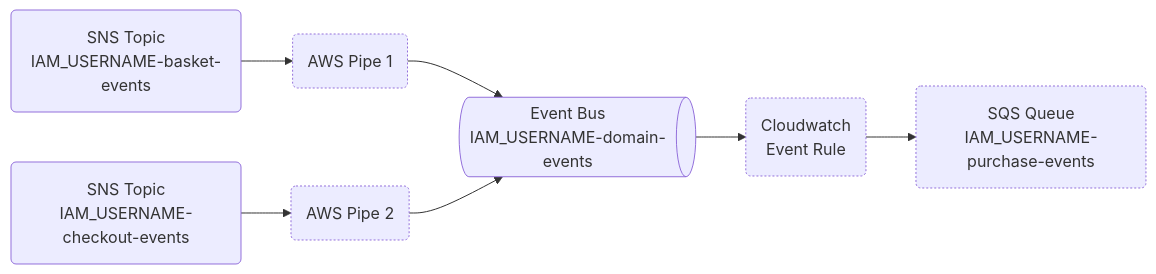
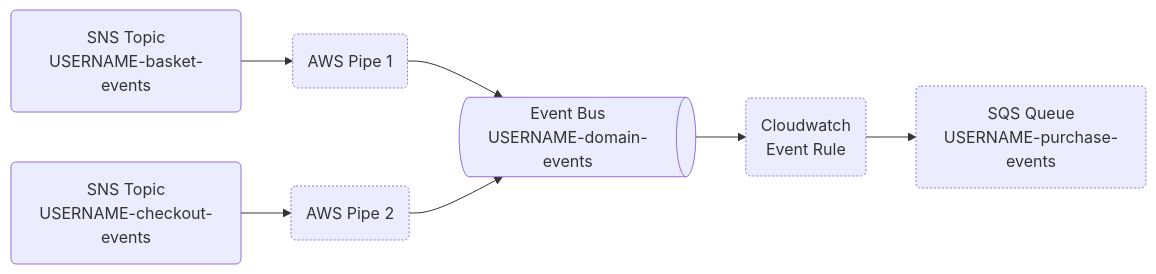
Before and after one commit to lisa-read/team-pre-interview-technical-task: the diagram in README.md, drawn with Mermaid. The commit also changed other lines of this file, not shown here.

````diff
--- a/README.md
+++ b/README.md
@@ -62,20 +62,20 @@
 ```mermaid
 flowchart LR
-  topic1(SNS Topic<br>IAM_USERNAME-basket-events):::Provided
-  topic2(SNS Topic<br>IAM_USERNAME-checkout-events):::Provided
+  topic1(SNS Topic<br>USERNAME-basket-events):::Provided
+  topic2(SNS Topic<br>USERNAME-checkout-events):::Provided
   pipe1(AWS Pipe 1):::ToImplement
   pipe2(AWS Pipe 2):::ToImplement
-  queue3(SQS Queue<br>IAM_USERNAME-purchase-events):::ToImplement
-  eventbus(Event Bus<br>IAM_USERNAME-domain-events):::Provided@{ shape: das }
+  queue3(SQS Queue<br>USERNAME-purchase-events):::ToImplement
+  eventbus(Event Bus<br>USERNAME-domain-events):::Provided@{ shape: das }
   eventrule(Cloudwatch<br>Event Rule):::ToImplement
 
   topic1-->pipe1
   pipe1-->eventbus
   topic2-->pipe2
   pipe2-->eventbus
   eventbus-->eventrule
   eventrule-->queue3
 
   classDef Provided stroke-width:1px, stroke-dasharray
   classDef ToImplement stroke-width:1px, stroke-dasharray:2
 ```
````
